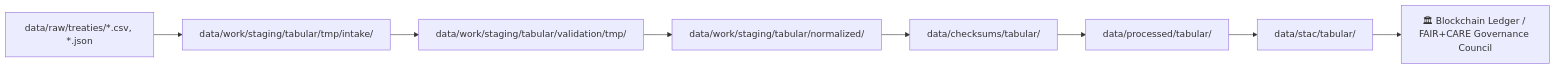
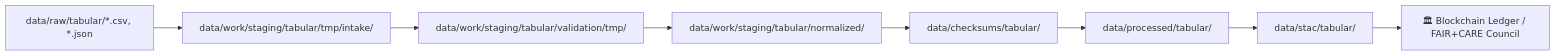
One commit to bartytime4life/Kansas-Frontier-Matrix changed the second of 2 diagrams in data/work/staging/tabular/tmp/intake/README.md. Above: the diagram before and after it, drawn with Mermaid. The commit also changed other lines of this file, not shown here.

````diff
--- a/data/work/staging/tabular/tmp/intake/README.md
+++ b/data/work/staging/tabular/tmp/intake/README.md
@@ -137,10 +240,10 @@
 ```mermaid
 flowchart LR
-    A[data/raw/treaties/*.csv, *.json] --> B[data/work/staging/tabular/tmp/intake/]
-    B --> C[data/work/staging/tabular/validation/tmp/]
-    C --> D[data/work/staging/tabular/normalized/]
-    D --> E[data/checksums/tabular/]
-    E --> F[data/processed/tabular/]
-    F --> G[data/stac/tabular/]
-    G --> H[🏛 Blockchain Ledger / FAIR+CARE Governance Council]
+    A["data/raw/tabular/*.csv, *.json"] --> B["data/work/staging/tabular/tmp/intake/"]
+    B --> C["data/work/staging/tabular/validation/tmp/"]
+    C --> D["data/work/staging/tabular/normalized/"]
+    D --> E["data/checksums/tabular/"]
+    E --> F["data/processed/tabular/"]
+    F --> G["data/stac/tabular/"]
+    G --> H["🏛 Blockchain Ledger / FAIR+CARE Council"]
 ```
````
